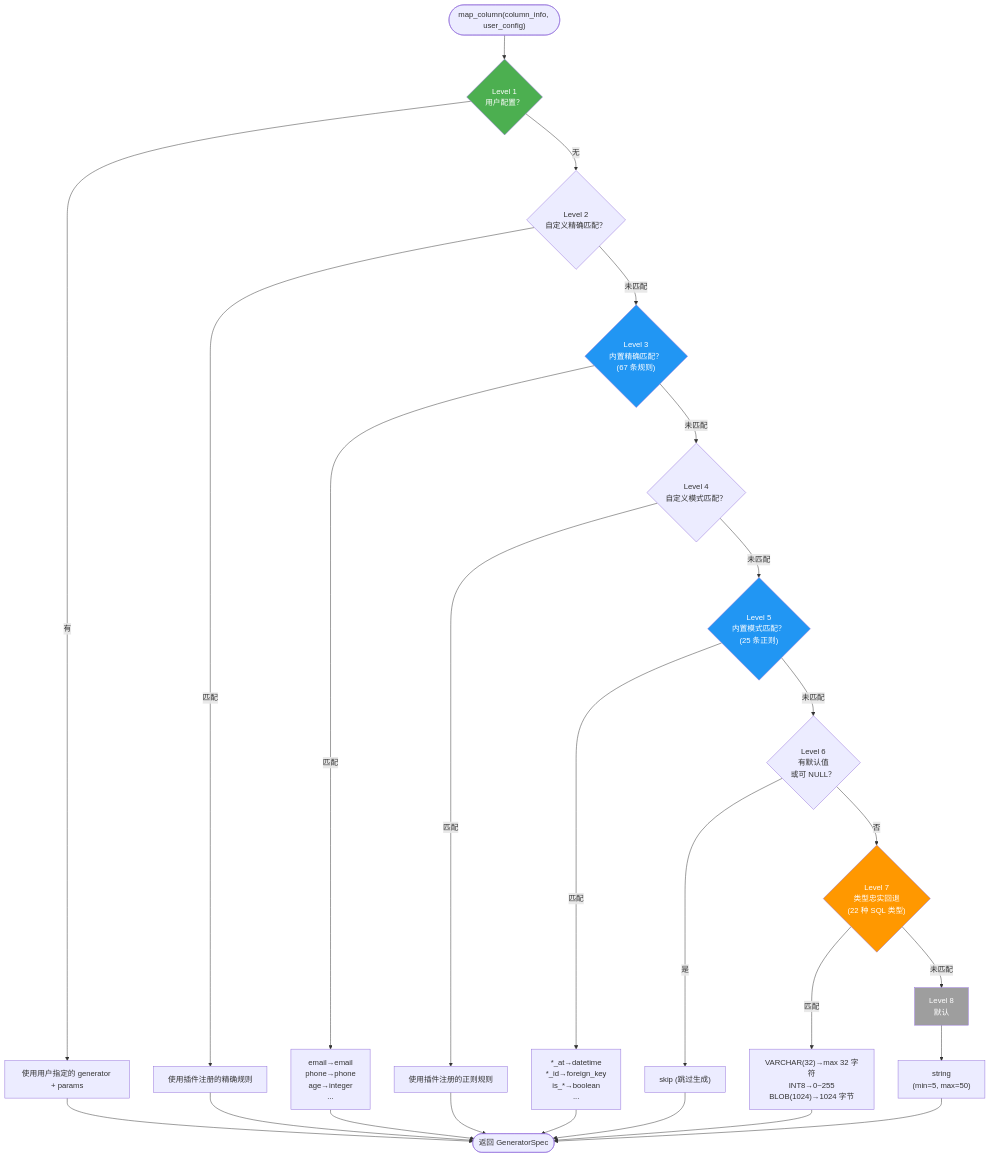
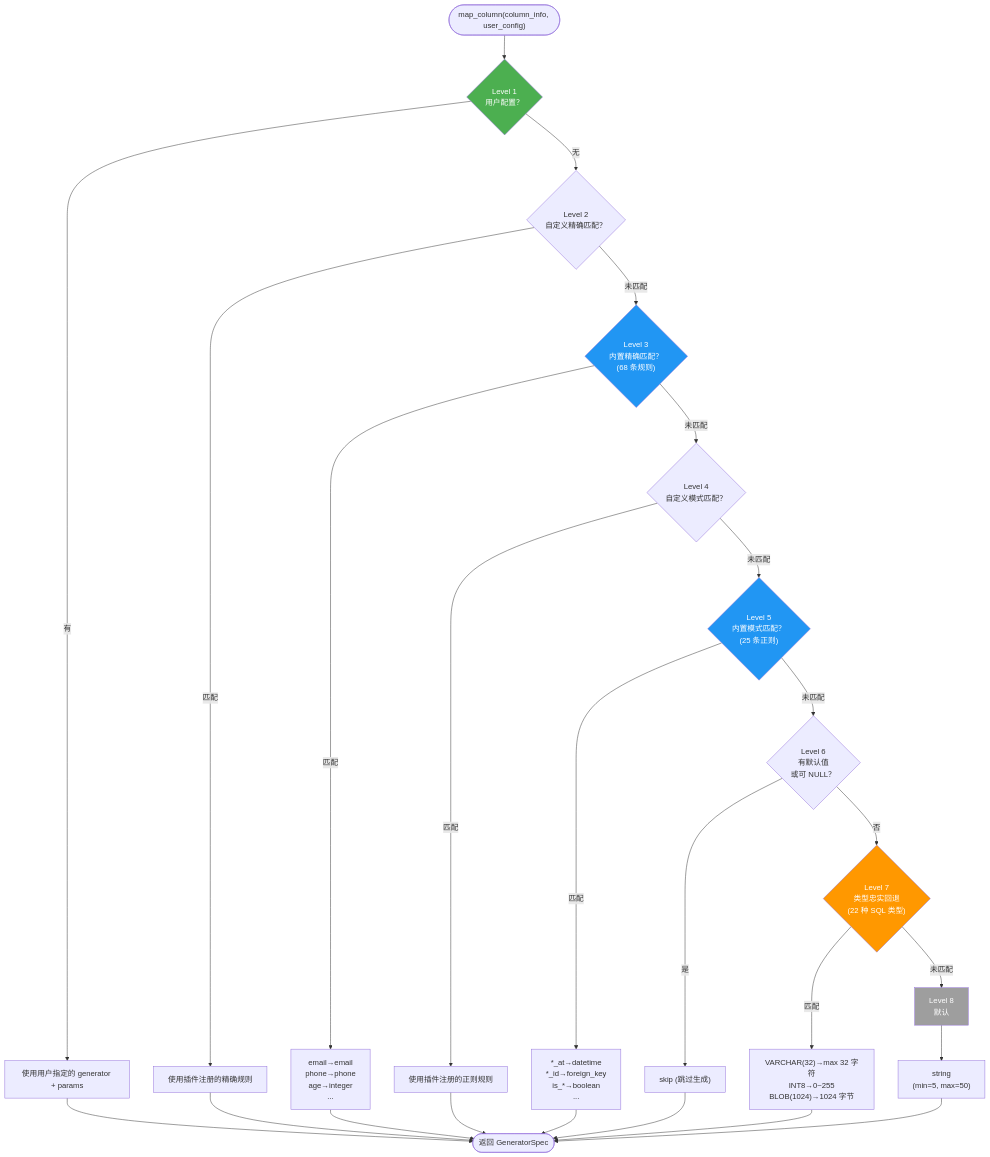
One commit to sunbos/sqlseed changed the third of 10 diagrams in docs/architecture.md. Above: the diagram before and after it, drawn with Mermaid. The commit also changed other lines of this file and 3 other files, not shown here.

````diff
--- a/docs/architecture.md
+++ b/docs/architecture.md
@@ -188,42 +188,42 @@
 ```mermaid
 flowchart TD
     Start(["map_column(column_info, user_config)"]) --> L1
 
     L1{"Level 1<br/>用户配置？"} -->|有| R1["使用用户指定的 generator + params"]
     L1 -->|无| L2
 
     L2{"Level 2<br/>自定义精确匹配？"} -->|匹配| R2["使用插件注册的精确规则"]
     L2 -->|未匹配| L3
 
-    L3{"Level 3<br/>内置精确匹配？<br/>(67 条规则)"} -->|匹配| R3["email→email<br/>phone→phone<br/>age→integer<br/>..."]
+    L3{"Level 3<br/>内置精确匹配？<br/>(68 条规则)"} -->|匹配| R3["email→email<br/>phone→phone<br/>age→integer<br/>..."]
     L3 -->|未匹配| L4
 
     L4{"Level 4<br/>自定义模式匹配？"} -->|匹配| R4["使用插件注册的正则规则"]
     L4 -->|未匹配| L5
 
     L5{"Level 5<br/>内置模式匹配？<br/>(25 条正则)"} -->|匹配| R5["*_at→datetime<br/>*_id→foreign_key<br/>is_*→boolean<br/>..."]
     L5 -->|未匹配| L6
 
     L6{"Level 6<br/>有默认值<br/>或可 NULL？"} -->|是| R6["skip (跳过生成)"]
     L6 -->|否| L7
 
     L7{"Level 7<br/>类型忠实回退<br/>(22 种 SQL 类型)"} -->|匹配| R7["VARCHAR(32)→max 32 字符<br/>INT8→0~255<br/>BLOB(1024)→1024 字节"]
     L7 -->|未匹配| L8
 
     L8["Level 8<br/>默认"] --> R8["string<br/>(min=5, max=50)"]
 
     R1 --> Done(["返回 GeneratorSpec"])
     R2 --> Done
     R3 --> Done
     R4 --> Done
     R5 --> Done
     R6 --> Done
     R7 --> Done
     R8 --> Done
 
     style L1 fill:#4CAF50,color:#fff
     style L3 fill:#2196F3,color:#fff
     style L5 fill:#2196F3,color:#fff
     style L7 fill:#FF9800,color:#fff
     style L8 fill:#9E9E9E,color:#fff
 ```
````
